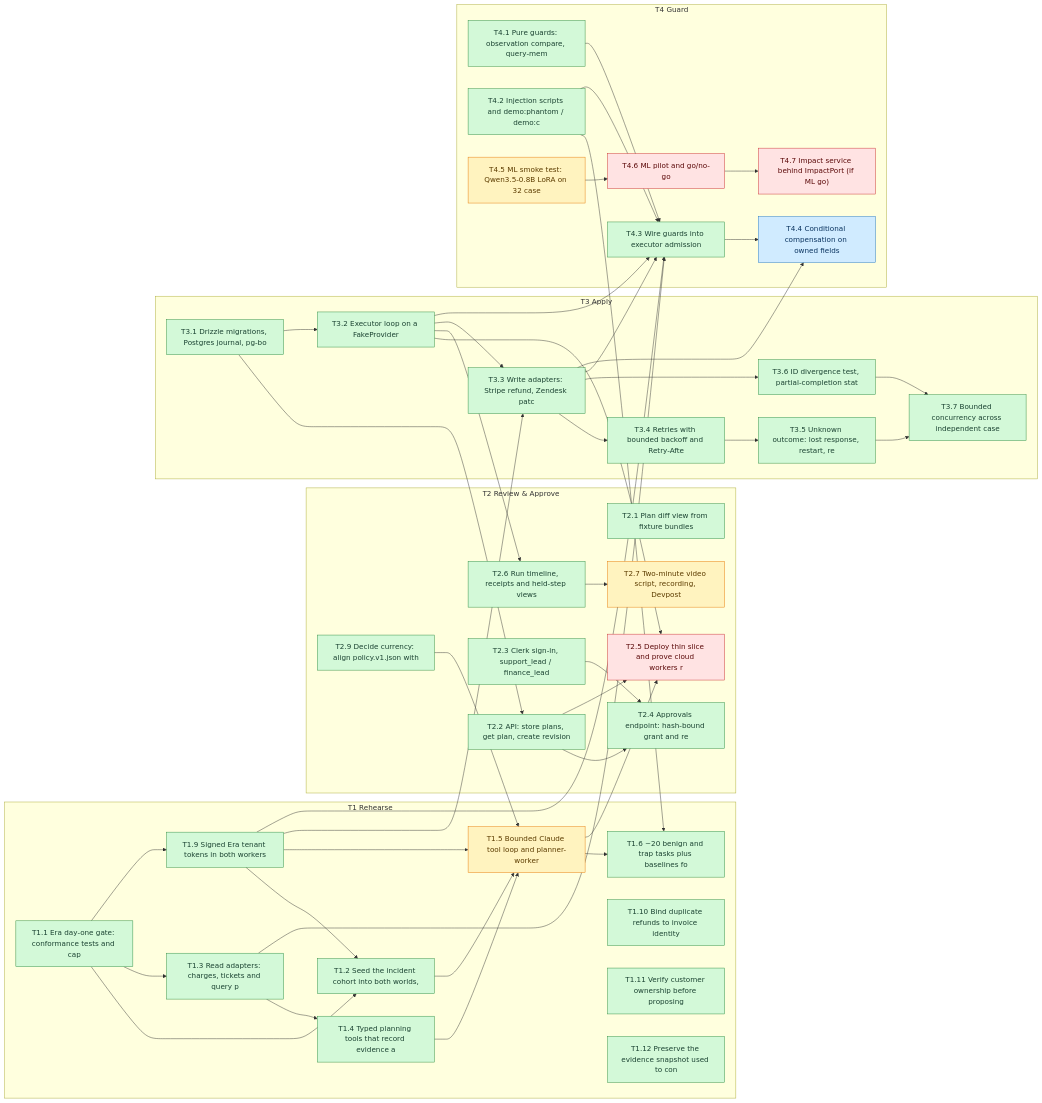
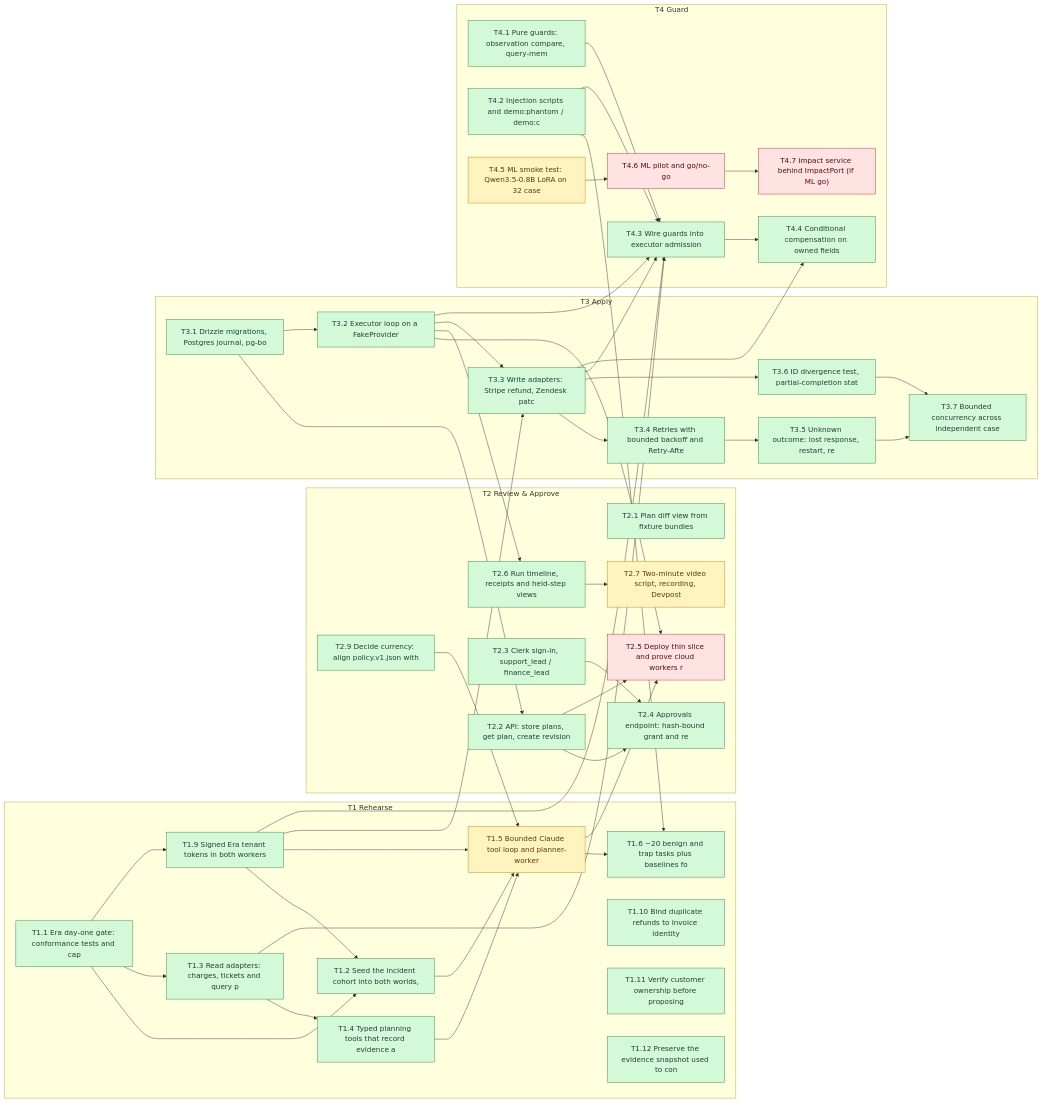
The diagram in BLOCKERS.md (SoroushRF/Rehearsal), drawn with Mermaid before and after one commit. The commit also changed other lines of this file, not shown here.

```diff
--- a/BLOCKERS.md
+++ b/BLOCKERS.md
@@ -123,7 +123,7 @@
     T4_1["T4.1 Pure guards: observation compare, query-mem"]:::done
     T4_2["T4.2 Injection scripts and demo:phantom / demo:c"]:::done
     T4_3["T4.3 Wire guards into executor admission"]:::done
-    T4_4["T4.4 Conditional compensation on owned fields"]:::review
+    T4_4["T4.4 Conditional compensation on owned fields"]:::done
     T4_5["T4.5 ML smoke test: Qwen3.5-0.8B LoRA on 32 case"]:::ready
     T4_6["T4.6 ML pilot and go/no-go"]:::blocked
     T4_7["T4.7 Impact service behind ImpactPort (if ML go)"]:::blocked
```
